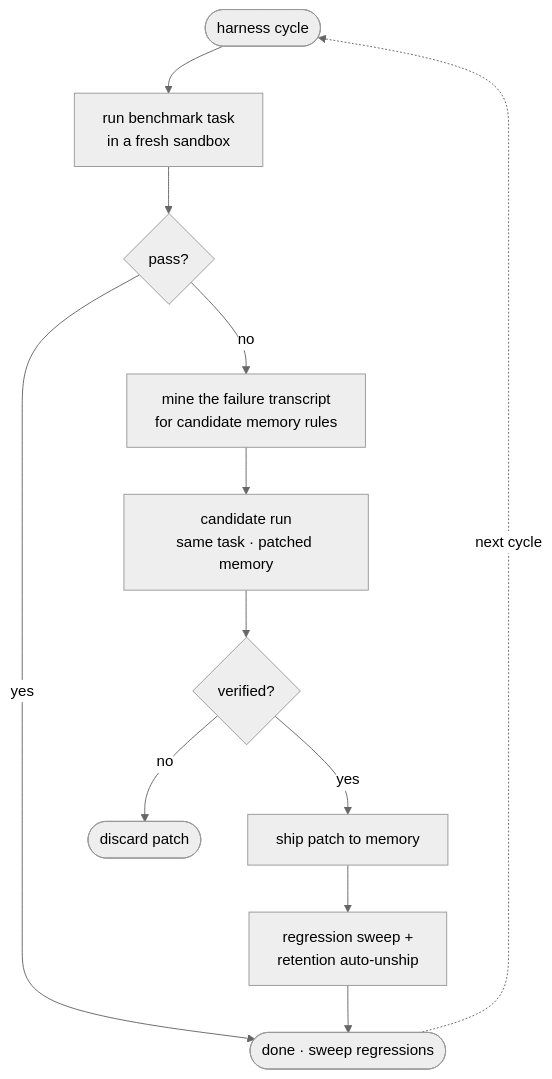
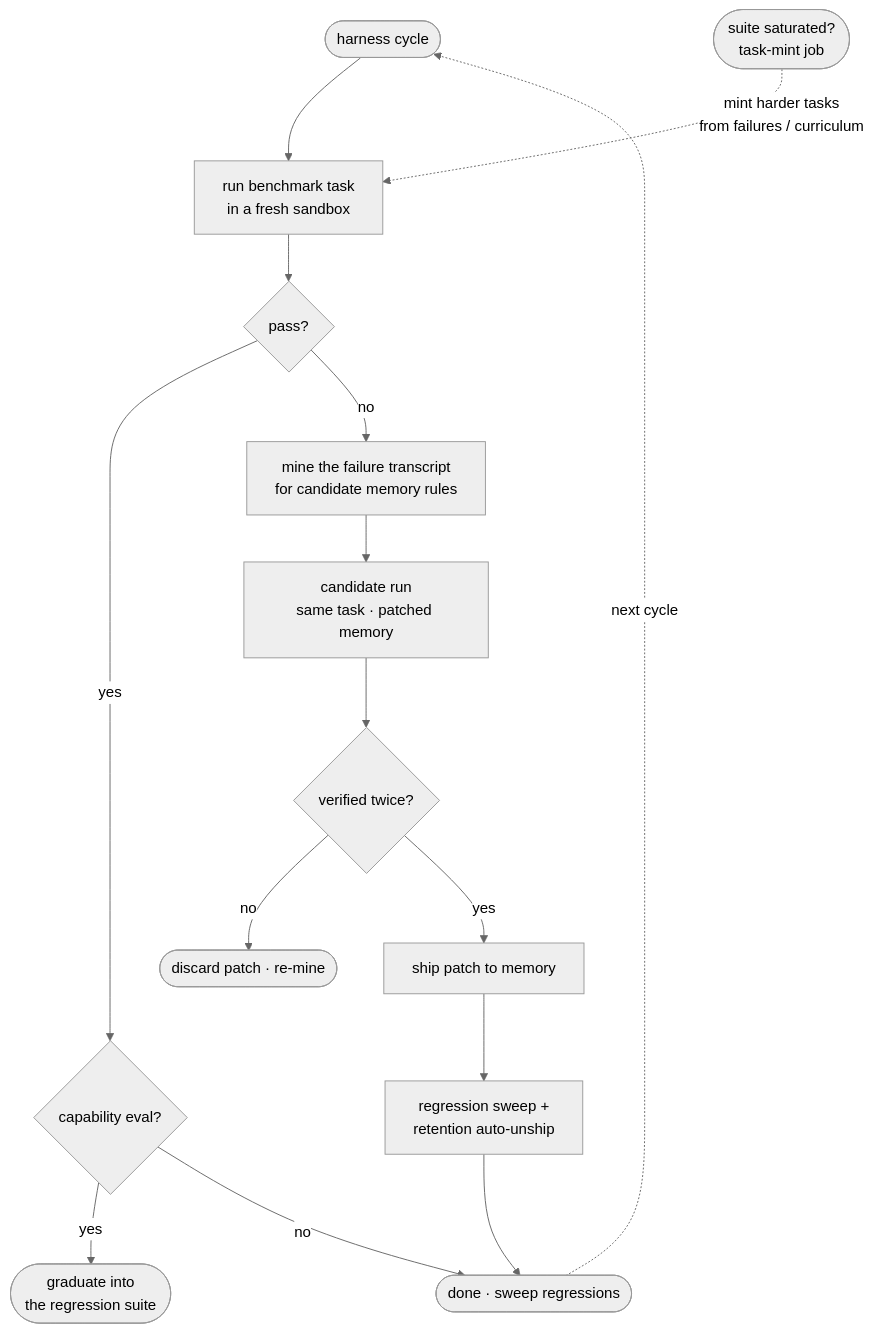
The second of 2 diagrams in README.md (kanishka-namdeo/Unown), drawn with Mermaid (neutral theme) before and after one commit. The commit also changed other lines of this file and 13 other files, not shown here.

First line of the commit message:
feat(engine): task minting — real failures become capability evals; statistical ship gate; graduation

````diff
--- a/README.md
+++ b/README.md
@@ -79,14 +79,17 @@
 ```mermaid
 flowchart TB
     A(["harness cycle"]) --> B["run benchmark task<br>in a fresh sandbox"]
     B --> C{"pass?"}
-    C -- "yes" --> Z(["done · sweep regressions"])
+    C -- "yes" --> G{"capability eval?"}
+    G -- "yes" --> GR(["graduate into<br>the regression suite"])
+    G -- "no" --> Z(["done · sweep regressions"])
     C -- "no" --> D["mine the failure transcript<br>for candidate memory rules"]
     D --> E["candidate run<br>same task · patched memory"]
-    E --> F{"verified?"}
-    F -- "no" --> D2(["discard patch"])
-    F -- "yes" --> G["ship patch to memory"]
-    G --> H["regression sweep +<br>retention auto-unship"]
+    E --> F{"verified twice?"}
+    F -- "no" --> D2(["discard patch · re-mine"])
+    F -- "yes" --> G2["ship patch to memory"]
+    G2 --> H["regression sweep +<br>retention auto-unship"]
     H --> Z
+    S(["suite saturated?<br>task-mint job"]) -. "mint harder tasks<br>from failures / curriculum" .-> B
     Z -. "next cycle" .-> A
 ```
````
